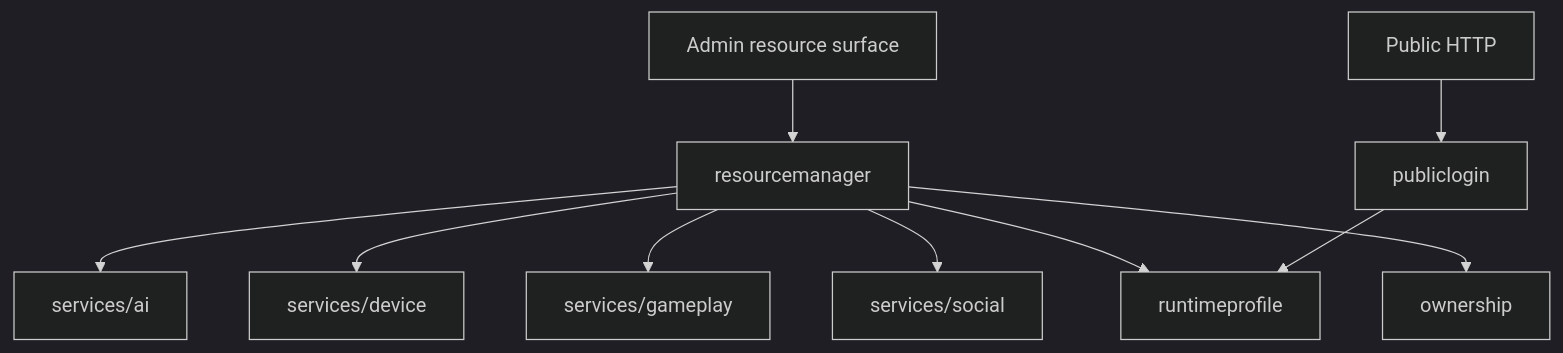
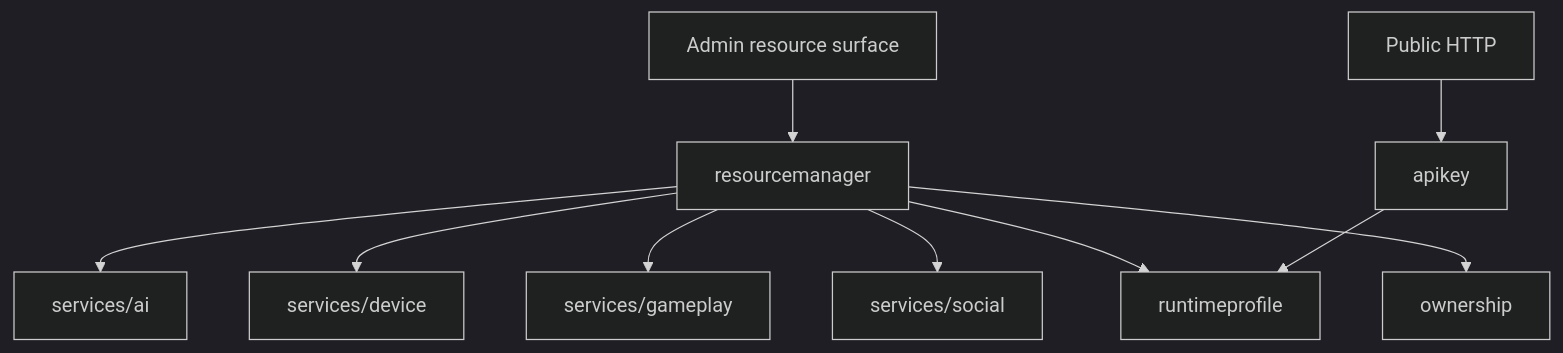
The diagram in guides/en/developing/gizclaw/services/system.md (GizClaw/gizclaw), drawn with Mermaid (dark theme) before and after one commit. The commit also changed other lines of this file and 131 other files, not shown here.

First line of the commit message:
auth: replace public login with device-bound API keys (#903)

````diff
--- a/guides/en/developing/gizclaw/services/system.md
+++ b/guides/en/developing/gizclaw/services/system.md
@@ -50,12 +48,12 @@
 ```mermaid
 flowchart TB
     Admin["Admin resource surface"] --> ResourceManager["resourcemanager"]
     ResourceManager --> AI["services/ai"]
     ResourceManager --> Device["services/device"]
     ResourceManager --> Gameplay["services/gameplay"]
     ResourceManager --> Social["services/social"]
     ResourceManager --> Profile["runtimeprofile"]
     ResourceManager --> Ownership["ownership"]
-    Public["Public HTTP"] --> Login["publiclogin"]
-    Login --> Profile
+    Public["Public HTTP"] --> APIKey["apikey"]
+    APIKey --> Profile
 ```
````
